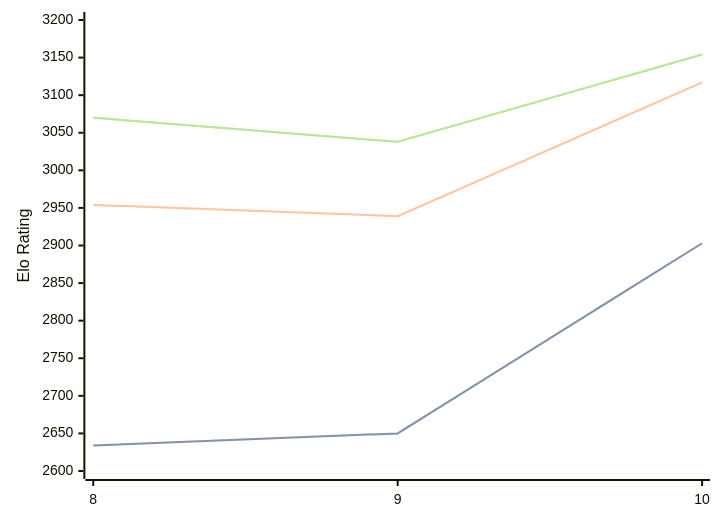
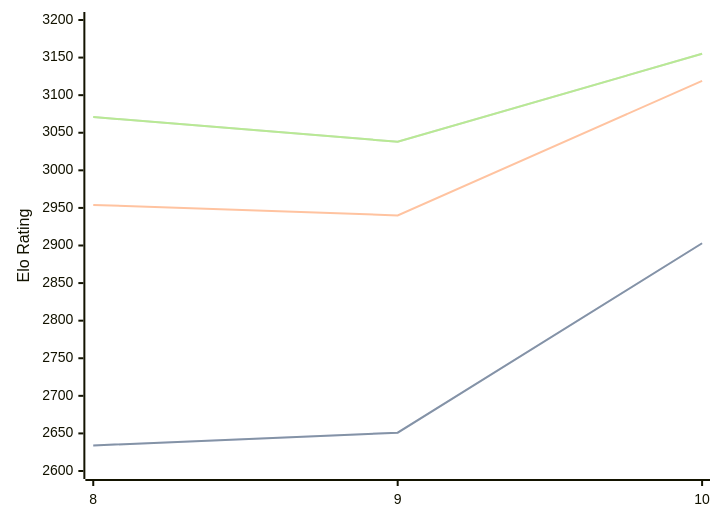
The diagram in engines/Lozza.md (computer-chess-index/cci), drawn with Mermaid before and after one commit. The commit also changed other lines of this file, not shown here.

Commit message:
Update CCI Ratings (ELO VLTC) - 2026-04-25

````diff
--- a/engines/Lozza.md
+++ b/engines/Lozza.md
@@ -41,11 +41,11 @@
 ```mermaid
 %%{init: {"theme":"base","themeVariables":{"seriesColors:['#a3a3a3','#222221','#faa371']}}}%%
 xychart-beta
   x-axis ["8", "9", "10"]
   y-axis "Elo Rating" 2600 --> 3200
-  line "STC (8.0+0.08s)" [2634, 2650, 2903]
-  line "STC (8.0+0.08s)" [2634, 2650, 2903]
-  line "LTC (60.0+0.60s)" [2954, 2939, 3117]
-  line "VLTC (2m24s+1.12s)" [3070, 3038, 3154]
-  line "VLTC (2m24s+1.12s)" [3070, 3038, 3154]
+  line "STC (8.0+0.08s)" [2634, 2651, 2903]
+  line "STC (8.0+0.08s)" [2634, 2651, 2903]
+  line "LTC (60.0+0.60s)" [2954, 2940, 3119]
+  line "VLTC (2m24s+1.12s)" [3071, 3038, 3155]
+  line "VLTC (2m24s+1.12s)" [3071, 3038, 3155]
 ```
````
